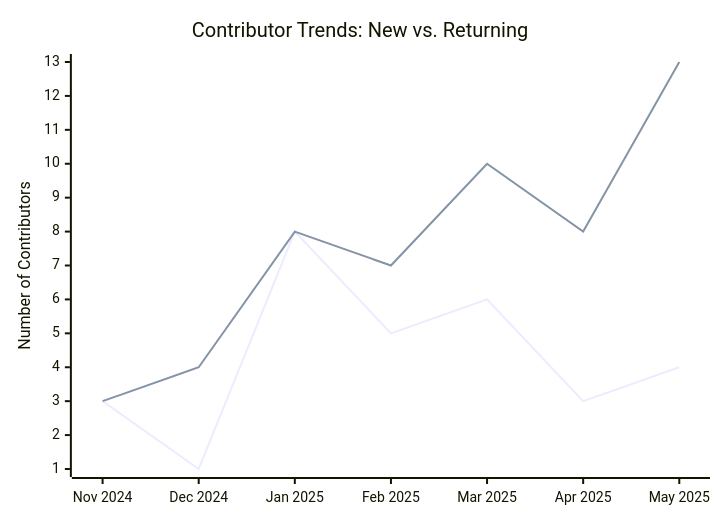
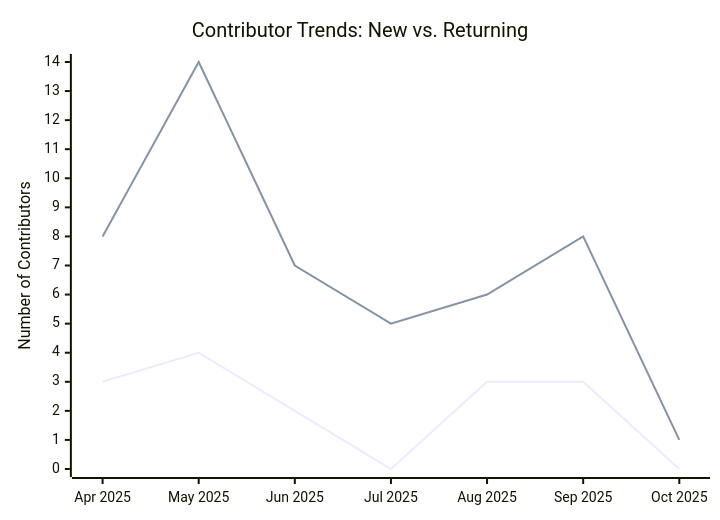
Before and after one commit to microsoft/edge-ai: the seventh of 11 diagrams in docs/contributions.md, drawn with Mermaid. The commit also changed other lines of this file and 18 other files, not shown here.

````diff
--- a/docs/contributions.md
+++ b/docs/contributions.md
@@ -243,9 +222,9 @@
 ``` mermaid
 
 xychart-beta
     title "Contributor Trends: New vs. Returning"
-    x-axis ["Nov 2024", "Dec 2024", "Jan 2025", "Feb 2025", "Mar 2025", "Apr 2025", "May 2025"]
+    x-axis ["Apr 2025", "May 2025", "Jun 2025", "Jul 2025", "Aug 2025", "Sep 2025", "Oct 2025"]
     y-axis "Number of Contributors"
-    line [3, 1, 8, 5, 6, 3, 4]
-    line [3, 4, 8, 7, 10, 8, 13]
+    line [3, 4, 2, 0, 3, 3, 0]
+    line [8, 14, 7, 5, 6, 8, 1]
 ```
````
